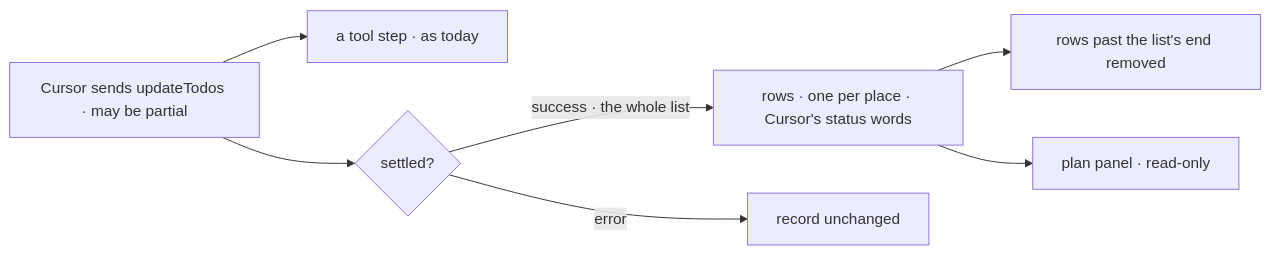
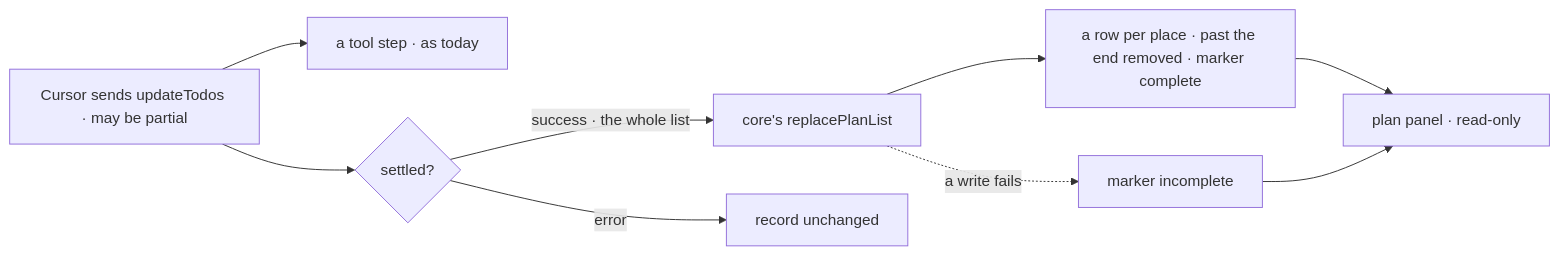
One commit to fixpoint-labs/flow-state-dev changed the second of 2 diagrams in specs/issues/FIX-1917/SPEC.md. Above: the diagram before and after it, drawn with Mermaid. The commit also changed other lines of this file and 5 other files, not shown here.

First line of the commit message:
spec(FIX-1917): review round 1, align with FIX-1915's replacePlanList and worktree

````diff
--- a/specs/issues/FIX-1917/SPEC.md
+++ b/specs/issues/FIX-1917/SPEC.md
@@ -96,9 +98,11 @@
 ```mermaid
 flowchart LR
   U["Cursor sends updateTodos · may be partial"] --> S["a tool step · as today"]
   U --> W{"settled?"}
-  W -->|"success · the whole list"| R["rows · one per place · Cursor's status words"]
+  W -->|"success · the whole list"| R["core's replacePlanList"]
   W -->|"error"| N["record unchanged"]
-  R --> X["rows past the list's end removed"]
-  R --> PN["plan panel · read-only"]
+  R --> X["a row per place · past the end removed · marker complete"]
+  R -.->|"a write fails"| I["marker incomplete"]
+  X --> PN["plan panel · read-only"]
+  I --> PN
 ```
````
